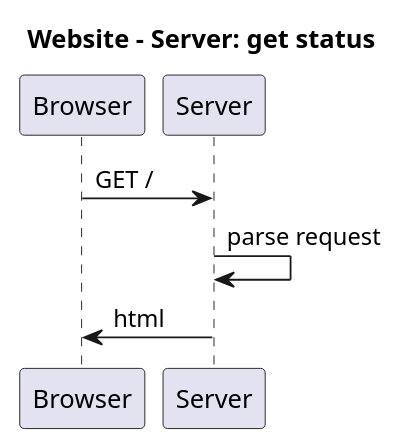
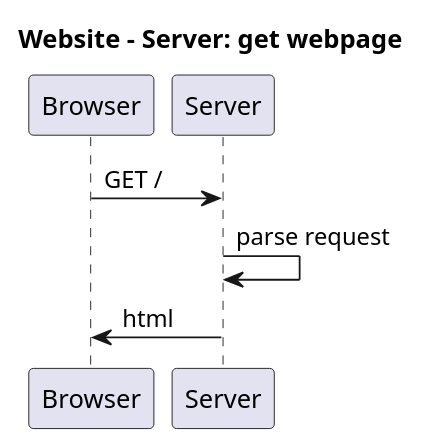
The diagram in UML/sequence/website-server_get.puml (VvWijhe/Cleanify), drawn with PlantUML before and after one commit. The commit also changed 6 other files, not shown here.

Commit message:
uml updated

```diff
--- a/UML/sequence/website-server_get.puml
+++ b/UML/sequence/website-server_get.puml
@@ -1,8 +1,8 @@
 @startuml
-title Website - Server: get status
+title Website - Server: get webpage
 
 Browser -> Server: GET /
 Server -> Server: parse request
 Server -> Browser: html
 
 @enduml
```
